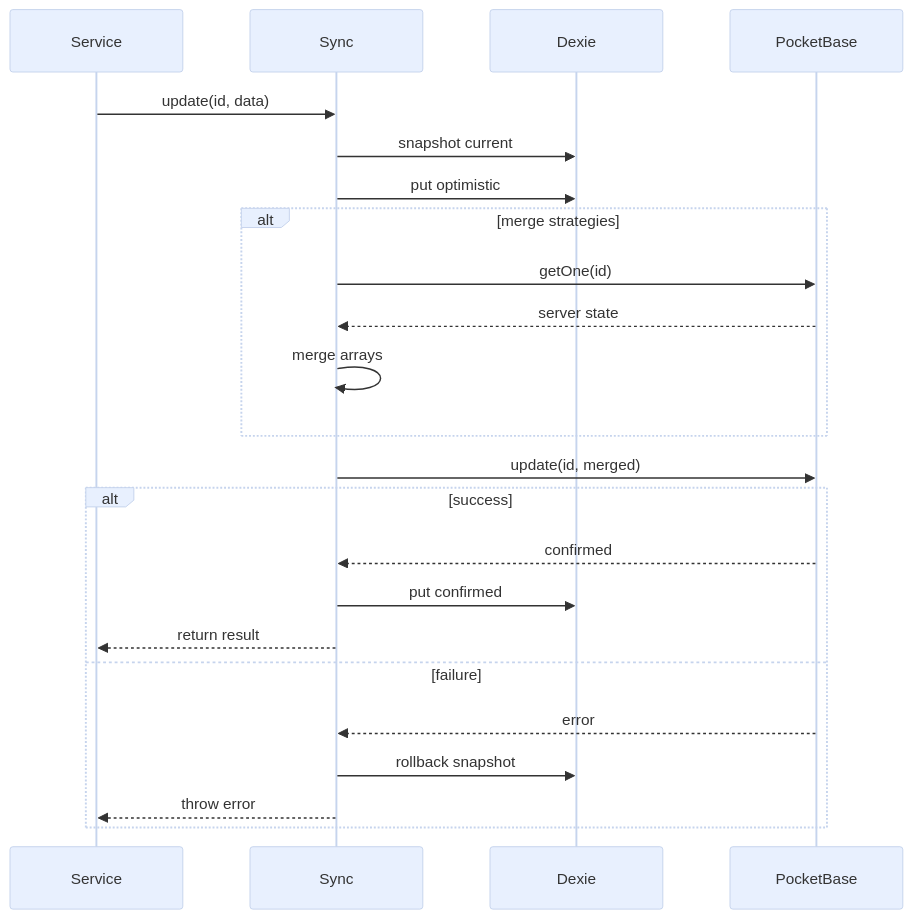
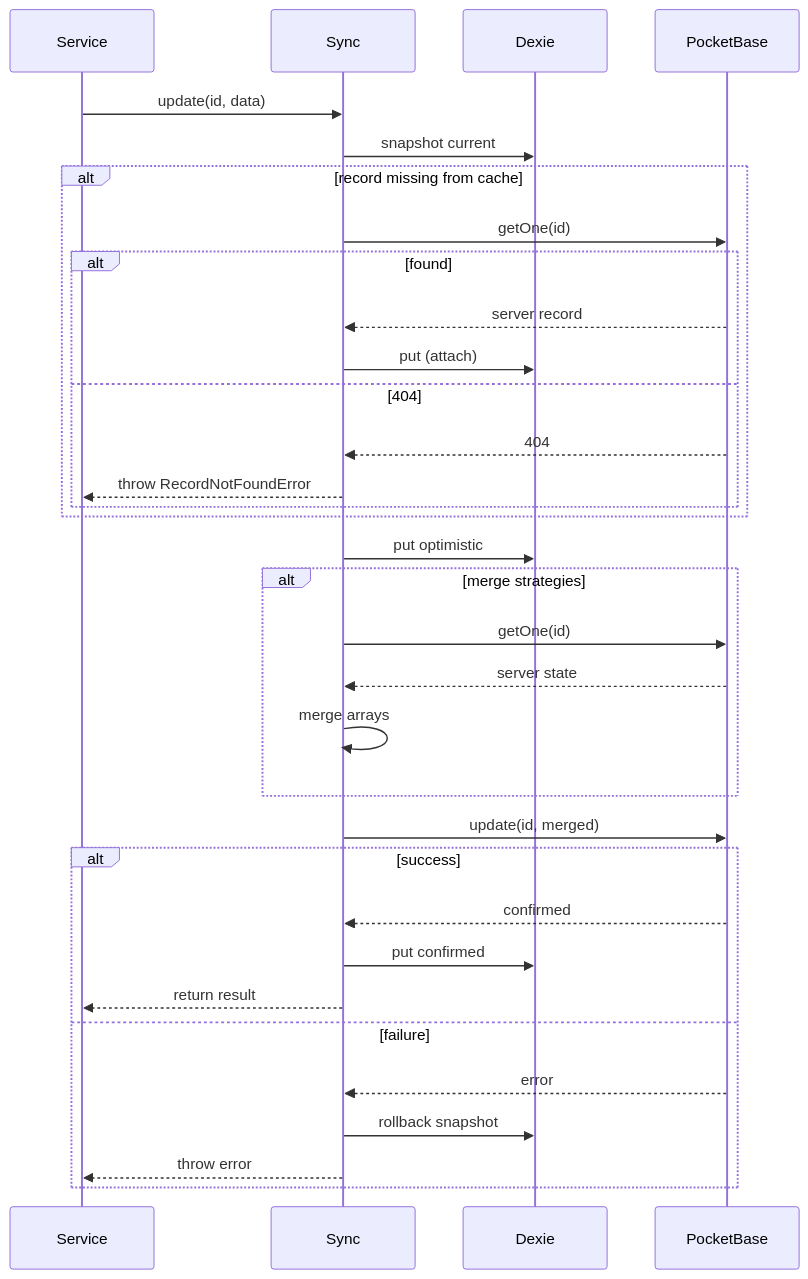
The third of 6 diagrams in svelte-app/src/lib/db-sync/README.md (encas-parka/enka-cookbook-site), drawn with Mermaid before and after one commit. The commit also changed other lines of this file and 3 other files, not shown here.

First line of the commit message:
docs(tracker): T02 done — upsert/attach delivered, no server change (probe)

````diff
--- a/svelte-app/src/lib/db-sync/README.md
+++ b/svelte-app/src/lib/db-sync/README.md
@@ -96,30 +105,42 @@
 ```mermaid
-%%{init: {'theme': 'base', 'themeVariables': {'background':'#f8f9fa','primaryColor':'#e8f0fe','secondaryColor':'#fef3e2','tertiaryColor':'#e8f5e9','lineColor':'#555','fontSize':'13px'}, 'sequence': {'wrap':true,'width':180,'actorMargin':70,'messageMargin':36,'boxMargin':10,'noteMargin':10}}}%%
+%%{"init": {"theme": "base", "themeVariables": {"background":"#f8f9fa","primaryColor":"#e8f0fe","secondaryColor":"#fef3e2","tertiaryColor":"#e8f5e9","lineColor":"#555","fontSize":"13px"}, "sequence": {"wrap":true,"width":180,"actorMargin":70,"messageMargin":36,"boxMargin":10,"noteMargin":10}}}%%
 sequenceDiagram
     participant UI as Service
     participant SC as Sync
     participant DX as Dexie
     participant PB as PocketBase
 
     UI->>SC: update(id, data)
     SC->>DX: snapshot current
+
+    alt record missing from cache
+        SC->>PB: getOne(id)
+        alt found
+            PB-->>SC: server record
+            SC->>DX: put (attach)
+        else 404
+            PB-->>SC: 404
+            SC-->>UI: throw RecordNotFoundError
+        end
+    end
+
     SC->>DX: put optimistic
 
     alt merge strategies
         SC->>PB: getOne(id)
         PB-->>SC: server state
         SC->>SC: merge arrays
     end
 
     SC->>PB: update(id, merged)
 
     alt success
         PB-->>SC: confirmed
         SC->>DX: put confirmed
         SC-->>UI: return result
     else failure
         PB-->>SC: error
         SC->>DX: rollback snapshot
         SC-->>UI: throw error
     end
 ```
````
